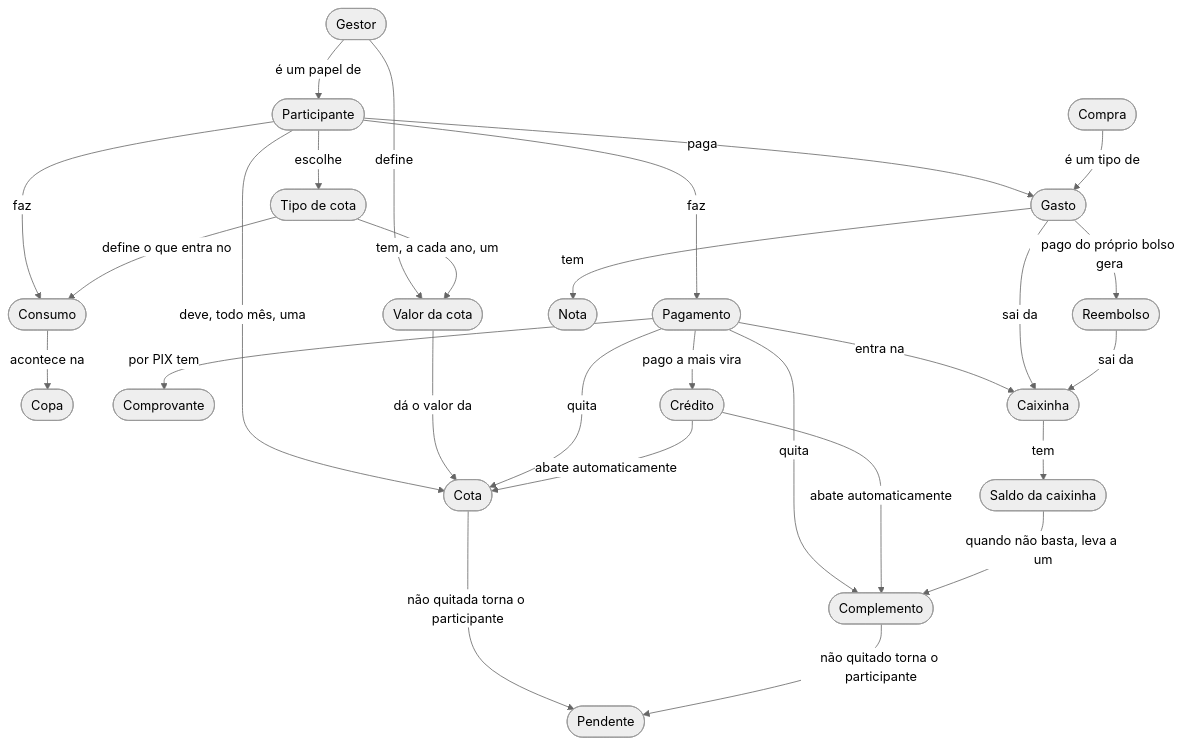
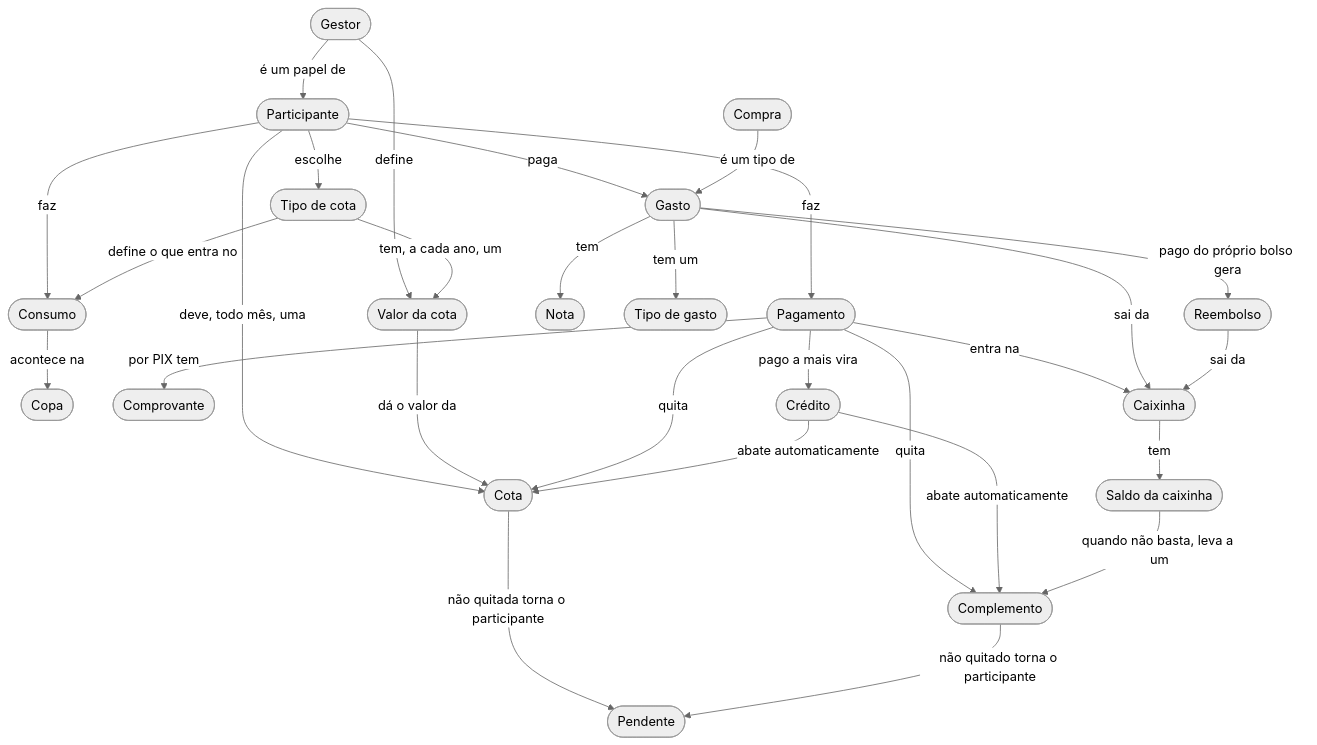
One commit to hsborges/facoffee-app changed the first of 7 diagrams in docs/dominio/MODELOS.md. Above: the diagram before and after it, drawn with Mermaid. The commit also changed other lines of this file and 31 other files, not shown here.

First line of the commit message:
feat(financeiro)!: tipo de gasto e caixinha do mês (#86)

````diff
--- a/docs/dominio/MODELOS.md
+++ b/docs/dominio/MODELOS.md
@@ -27,37 +27,38 @@
 ```mermaid
 %%{init: {"theme": "neutral"}}%%
 flowchart TB
 
     Gestor(["Gestor"]) -- "é um papel de" --> Participante(["Participante"])
     Gestor -- "define" --> ValorDaCota(["Valor da cota"])
 
     Participante -- "escolhe" --> TipoDeCota(["Tipo de cota"])
     TipoDeCota -- "tem, a cada ano, um" --> ValorDaCota
     Participante -- "deve, todo mês, uma" --> Cota(["Cota"])
     ValorDaCota -- "dá o valor da" --> Cota
 
     Participante -- "faz" --> Consumo(["Consumo"])
     TipoDeCota -- "define o que entra no" --> Consumo
     Consumo -- "acontece na" --> Copa(["Copa"])
 
     Participante -- "faz" --> Pagamento(["Pagamento"])
     Pagamento -- "por PIX tem" --> Comprovante(["Comprovante"])
     Pagamento -- "quita" --> Cota
     Pagamento -- "quita" --> Complemento(["Complemento"])
     Pagamento -- "pago a mais vira" --> Credito(["Crédito"])
     Credito -- "abate automaticamente" --> Cota
     Credito -- "abate automaticamente" --> Complemento
     Cota -- "não quitada torna o participante" --> Pendente(["Pendente"])
     Complemento -- "não quitado torna o participante" --> Pendente
 
     Pagamento -- "entra na" --> Caixinha(["Caixinha"])
     Caixinha -- "tem" --> Saldo(["Saldo da caixinha"])
     Saldo -- "quando não basta, leva a um" --> Complemento
 
     Participante -- "paga" --> Gasto(["Gasto"])
     Compra(["Compra"]) -- "é um tipo de" --> Gasto
     Gasto -- "tem" --> Nota(["Nota"])
+    Gasto -- "tem um" --> TipoDeGasto(["Tipo de gasto"])
     Gasto -- "sai da" --> Caixinha
     Gasto -- "pago do próprio bolso gera" --> Reembolso(["Reembolso"])
     Reembolso -- "sai da" --> Caixinha
 ```
````
